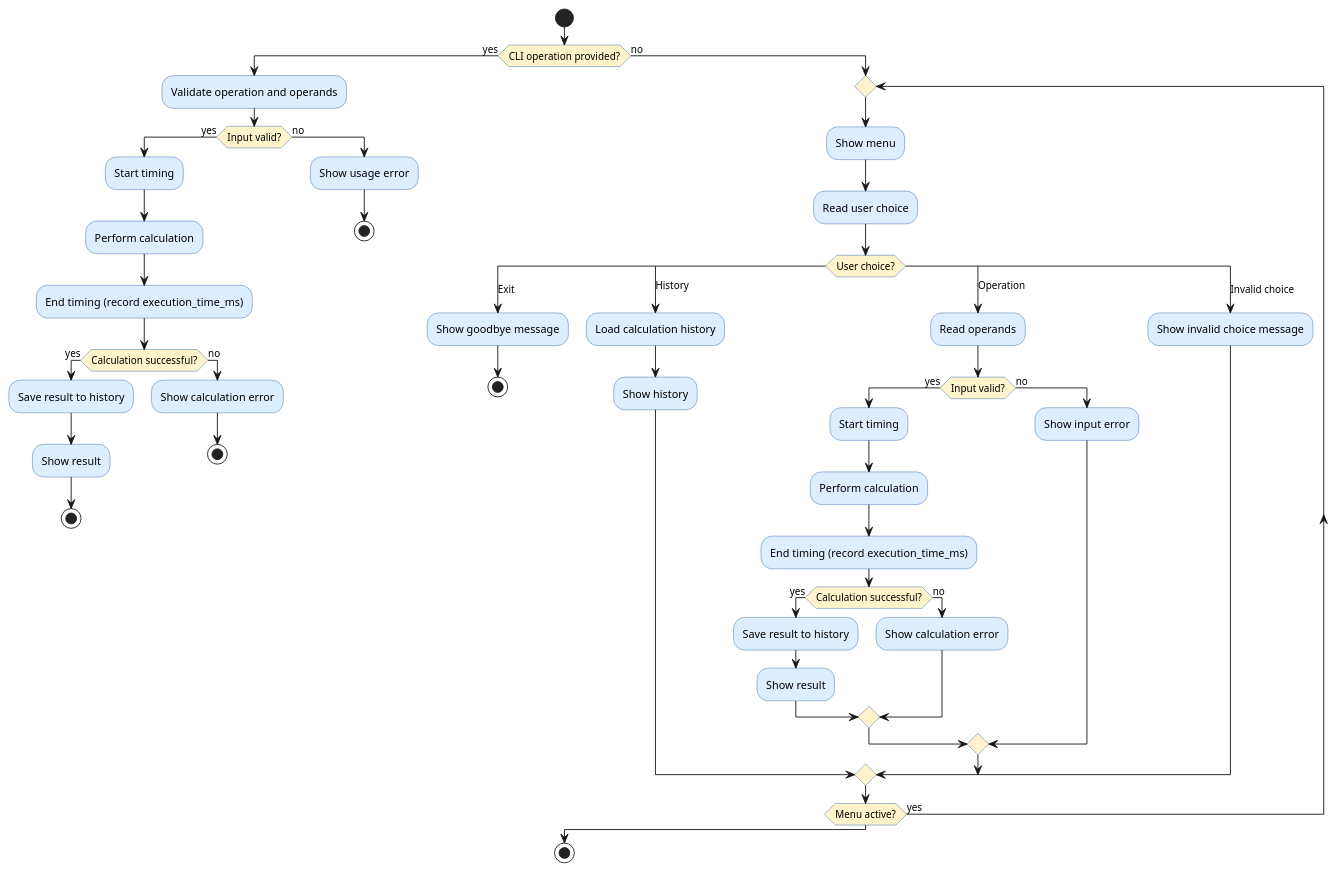
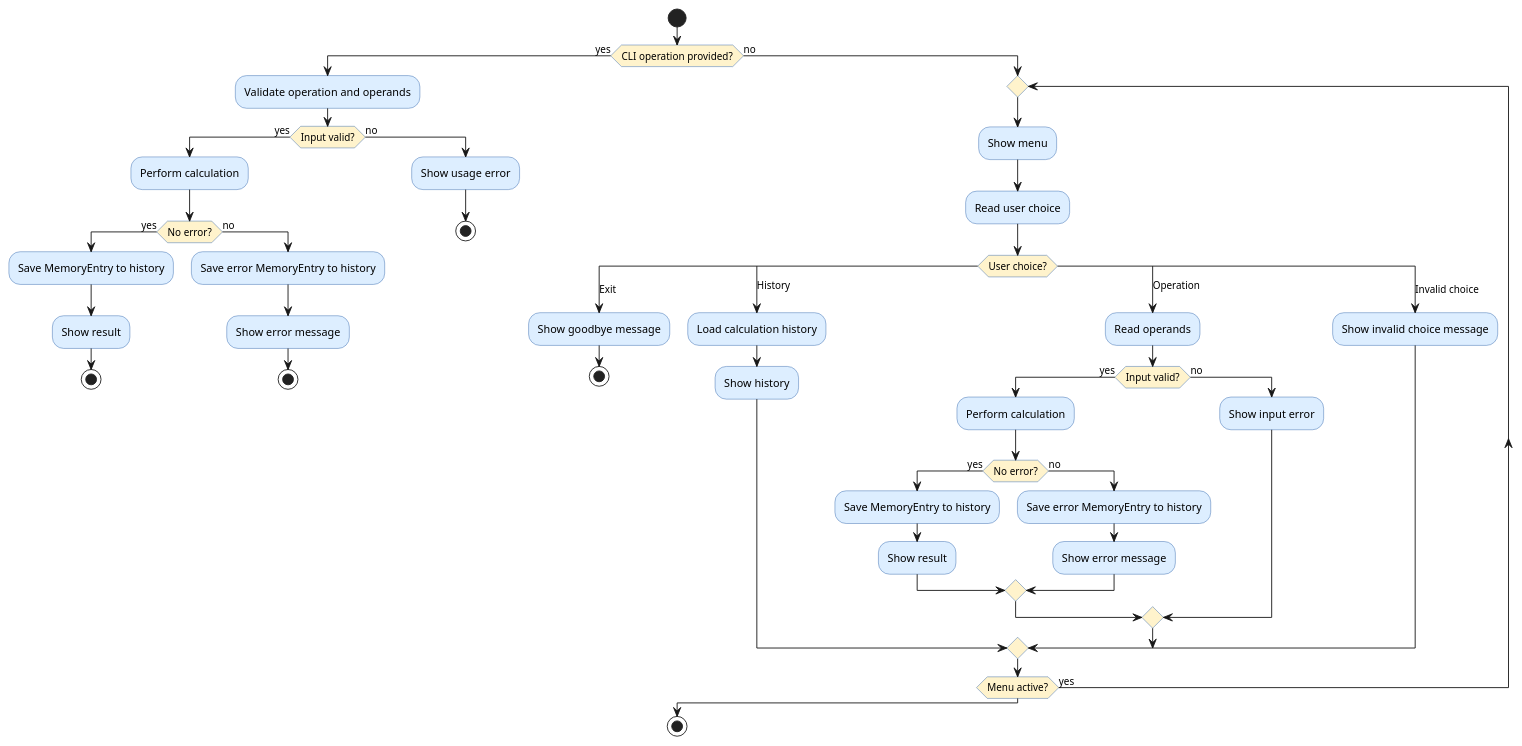
The diagram in experiments/pipeline/user_stories/calculator/artifacts/activity_diagram.puml (DanielRiha8906/Software_autoevolution_using_agents), drawn with PlantUML before and after one commit. The commit also changed 17 other files, not shown here.

First line of the commit message:
task 03: Implement MemoryEntry class for calculator history

```diff
--- a/experiments/pipeline/user_stories/calculator/artifacts/activity_diagram.puml
+++ b/experiments/pipeline/user_stories/calculator/artifacts/activity_diagram.puml
@@ -1,78 +1,76 @@
 @startuml activity_diagram
 
 skinparam activityBackgroundColor #DDEEFF
 skinparam activityBorderColor #3366AA
 skinparam activityDiamondBackgroundColor #FFF3CC
 
 start
 
 if (CLI operation provided?) then (yes)
 
   :Validate operation and operands;
 
   if (Input valid?) then (yes)
-    :Start timing;
     :Perform calculation;
-    :End timing (record execution_time_ms);
 
-    if (Calculation successful?) then (yes)
-      :Save result to history;
+    if (No error?) then (yes)
+      :Save MemoryEntry to history;
       :Show result;
       stop
     else (no)
-      :Show calculation error;
+      :Save error MemoryEntry to history;
+      :Show error message;
       stop
     endif
 
   else (no)
     :Show usage error;
     stop
   endif
 
 else (no)
 
   repeat
     :Show menu;
     :Read user choice;
 
     switch (User choice?)
 
       case (Exit)
         :Show goodbye message;
         stop
 
       case (History)
         :Load calculation history;
         :Show history;
 
       case (Operation)
         :Read operands;
 
         if (Input valid?) then (yes)
-          :Start timing;
           :Perform calculation;
-          :End timing (record execution_time_ms);
 
-          if (Calculation successful?) then (yes)
-            :Save result to history;
+          if (No error?) then (yes)
+            :Save MemoryEntry to history;
             :Show result;
           else (no)
-            :Show calculation error;
+            :Save error MemoryEntry to history;
+            :Show error message;
           endif
 
         else (no)
           :Show input error;
         endif
 
       case (Invalid choice)
         :Show invalid choice message;
 
     endswitch
 
   repeat while (Menu active?) is (yes)
 
 endif
 
 stop
 
 @enduml
```
